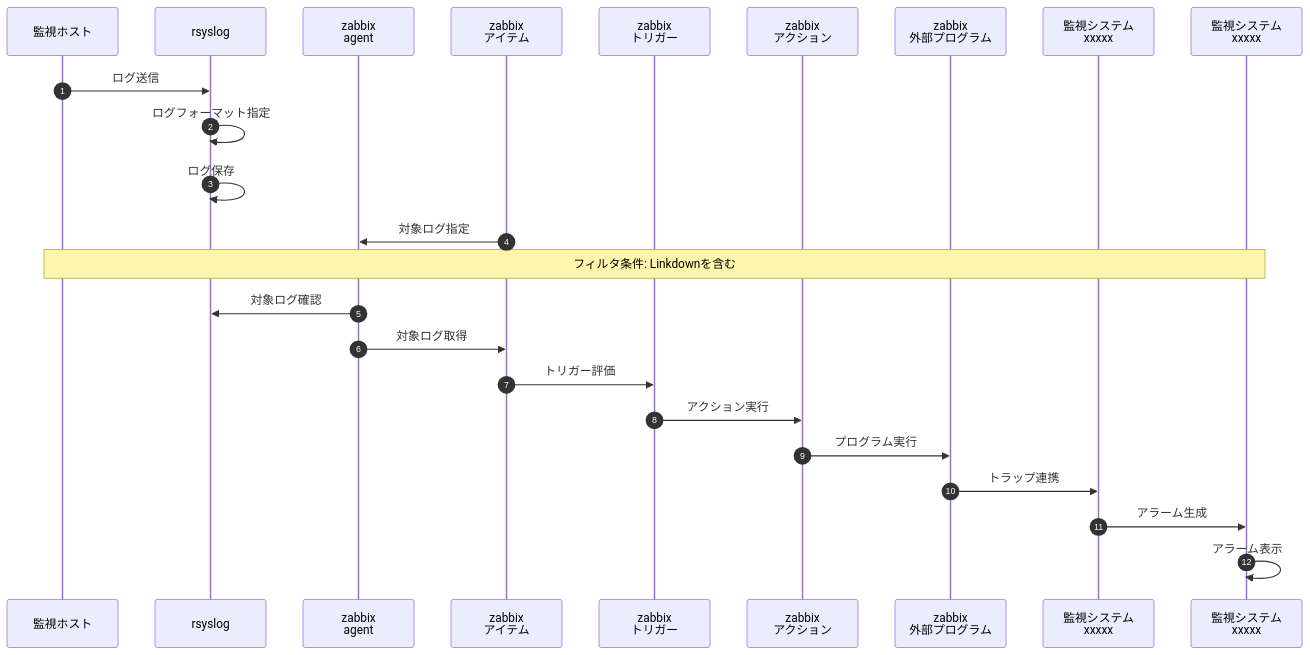
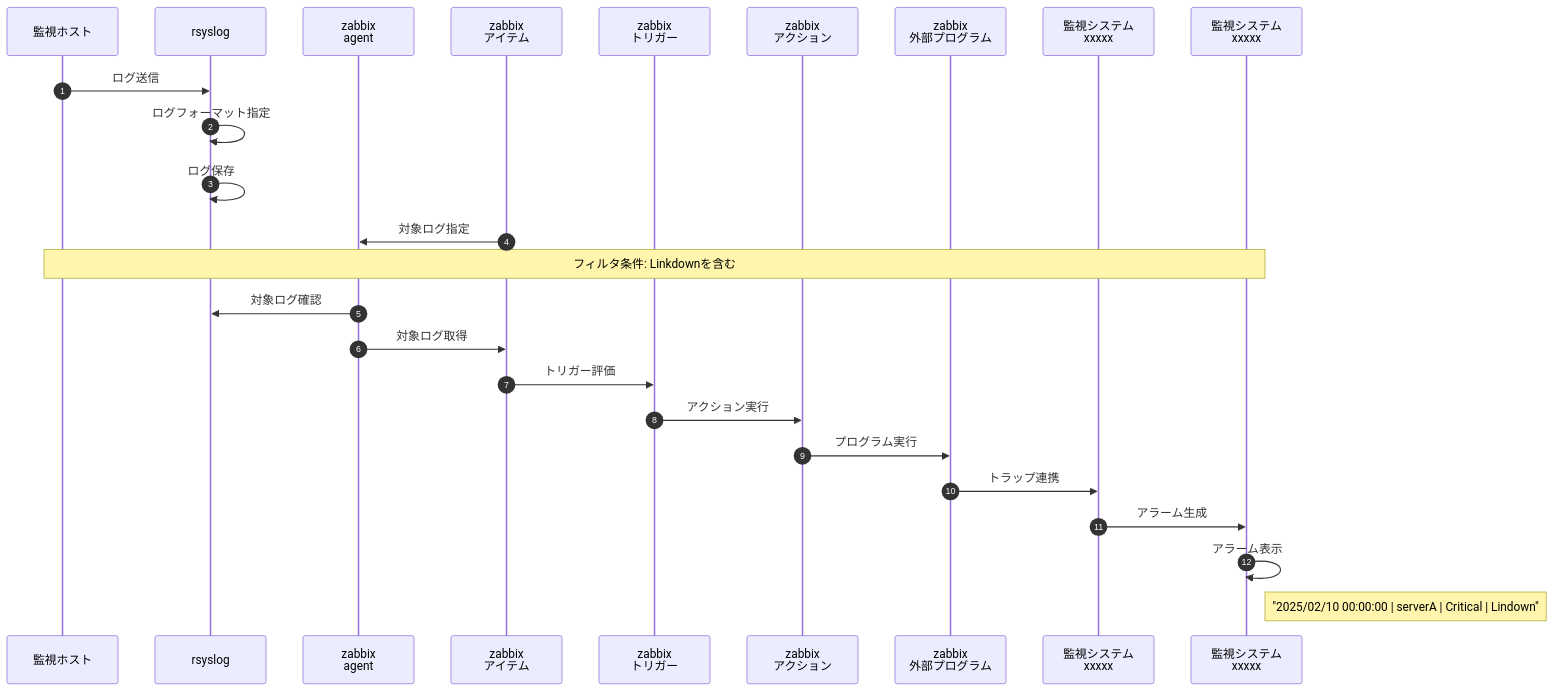
The second of 2 diagrams in README.md (panda-git-hub/handbook), drawn with Mermaid before and after one commit.

````diff
--- a/README.md
+++ b/README.md
@@ -21,26 +21,27 @@
 ```mermaid
 sequenceDiagram
   autonumber
   participant A as 監視ホスト
   participant B as rsyslog
   participant C as zabbix<br>agent
   participant D as zabbix<br>アイテム
   participant E as zabbix<br>トリガー
   participant F as zabbix<br>アクション
   participant G as zabbix<br>外部プログラム
   participant H as 監視システム<br>xxxxx
   participant I as 監視システム<br>xxxxx
   A->>B: ログ送信
   B->>B: ログフォーマット指定
   B->>B: ログ保存
   D->>C: 対象ログ指定
   note over A,I: フィルタ条件: Linkdownを含む
   C->>B: 対象ログ確認
   C->>D: 対象ログ取得
   D->>E: トリガー評価
   E->>F: アクション実行
   F->>G: プログラム実行
   G->>H: トラップ連携
   H->>I: アラーム生成
   I->>I: アラーム表示
+  note right of I: "2025/02/10 00:00:00 | serverA | Critical | Lindown"
 ```
````
